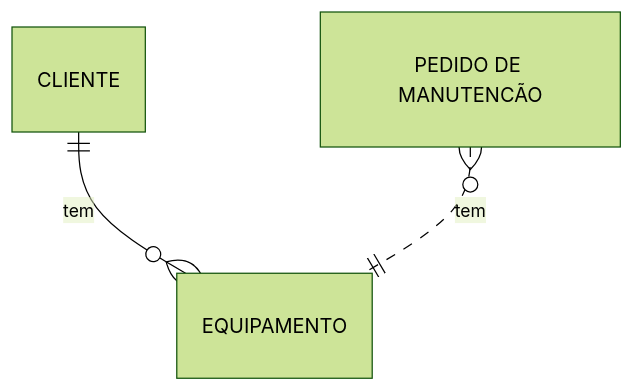
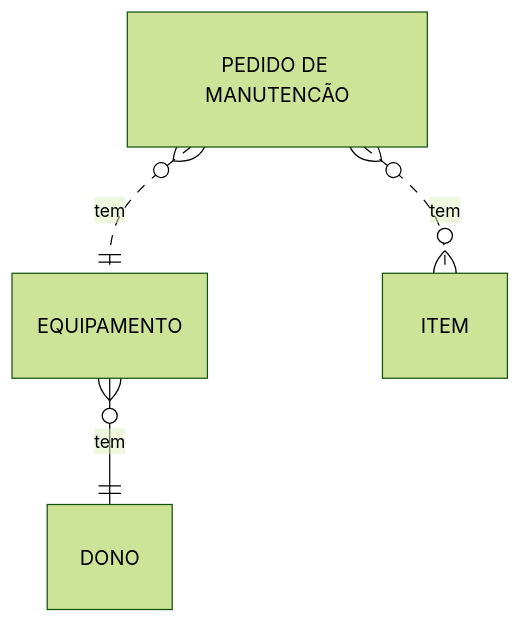
Before and after one commit to radialserial/Mixer: the first of 2 diagrams in README.md, drawn with Mermaid (forest theme). The commit also changed other lines of this file, not shown here.

Commit message:
docs(README): add item and change client to owner

````diff
--- a/README.md
+++ b/README.md
@@ -3,5 +3,6 @@
 ```mermaid
 erDiagram
-    CLIENTE ||--o{ EQUIPAMENTO : tem
+    EQUIPAMENTO }o -- || DONO : tem
     "PEDIDO DE MANUTENCÃO" }o..|| EQUIPAMENTO : tem
+    "PEDIDO DE MANUTENCÃO" }o..o{ ITEM : tem
 ```
````
